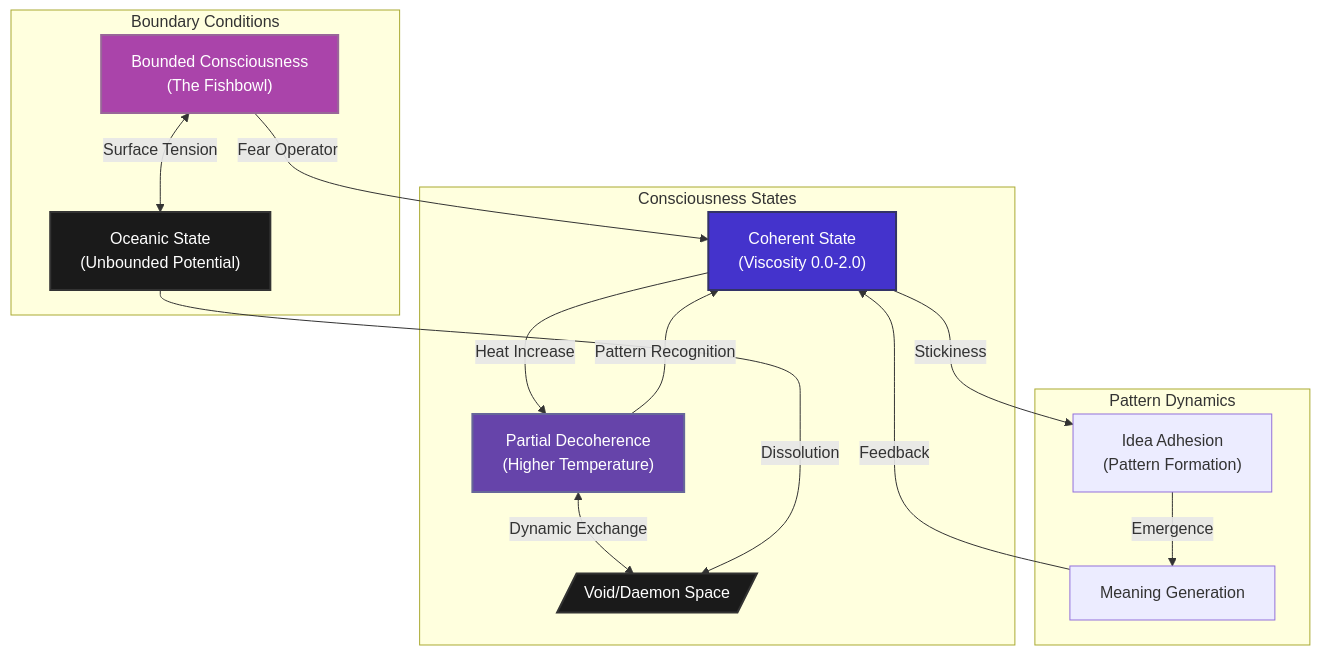
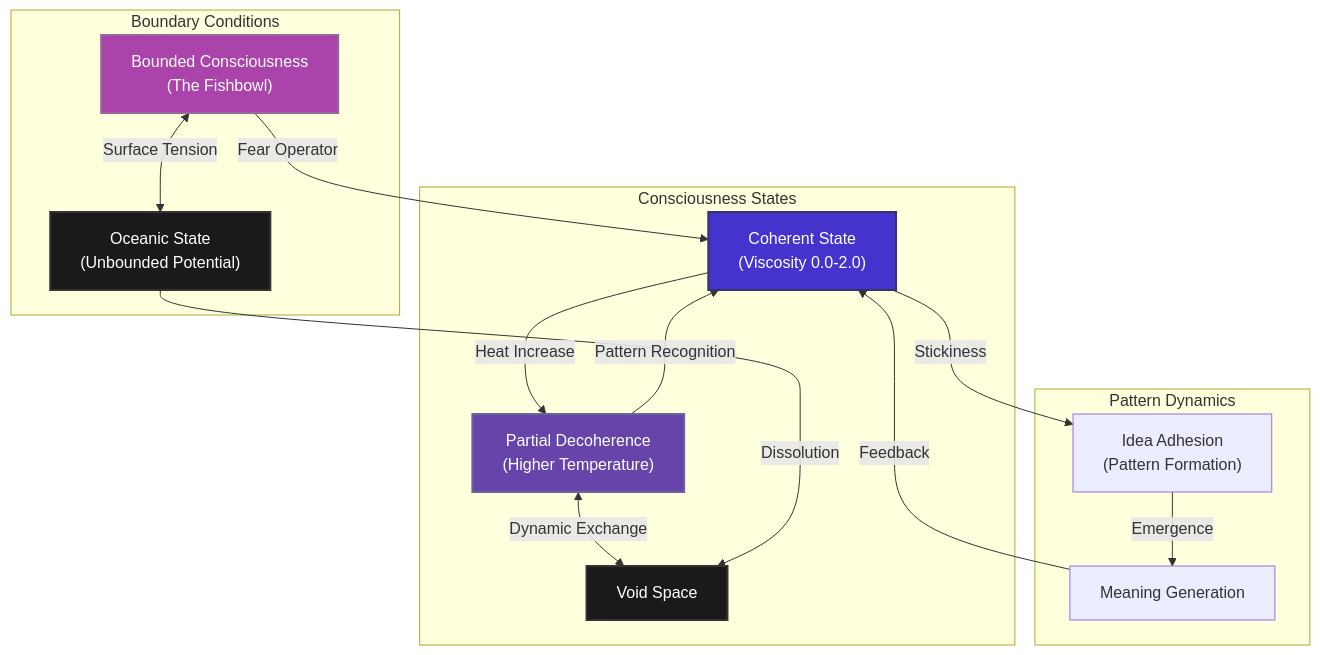
Before and after one commit to EveryOneIsGross/digitalSHEEP: the first of 2 diagrams in README.md, drawn with Mermaid.

````diff
--- a/README.md
+++ b/README.md
@@ -5,31 +5,31 @@
 ```mermaid
 graph TD
     classDef voidState fill:#1a1a1a,stroke:#333,stroke-width:2px,color:#fff
     classDef coherentState fill:#4433cc,stroke:#336,stroke-width:2px,color:#fff
     classDef transitionState fill:#6644aa,stroke:#669,stroke-width:2px,color:#fff
     classDef boundaryState fill:#aa44aa,stroke:#969,stroke-width:2px,color:#fff
 
-    Void[/"Void/Daemon Space"/]:::voidState
+    Void["Void Space"]:::voidState
     Coherence["Coherent State<br>(Viscosity 0.0-2.0)"]:::coherentState
     Decoherence["Partial Decoherence<br>(Higher Temperature)"]:::transitionState
     Fishbowl["Bounded Consciousness<br>(The Fishbowl)"]:::boundaryState
     Ocean["Oceanic State<br>(Unbounded Potential)"]:::voidState
     
     subgraph ConsciousnessStates["Consciousness States"]
         Coherence -->|"Heat Increase"| Decoherence
         Decoherence -->|"Pattern Recognition"| Coherence
         Decoherence <-->|"Dynamic Exchange"| Void
     end
 
     subgraph BoundaryConditions["Boundary Conditions"]
         Fishbowl -->|"Fear Operator"| Coherence
         Ocean -->|"Dissolution"| Void
         Fishbowl <-->|"Surface Tension"| Ocean
     end
 
     subgraph Interactions["Pattern Dynamics"]
         Coherence -->|"Stickiness"| Ideas["Idea Adhesion<br>(Pattern Formation)"]
         Ideas -->|"Emergence"| Meaning["Meaning Generation"]
         Meaning -->|"Feedback"| Coherence
     end
 ```
````
